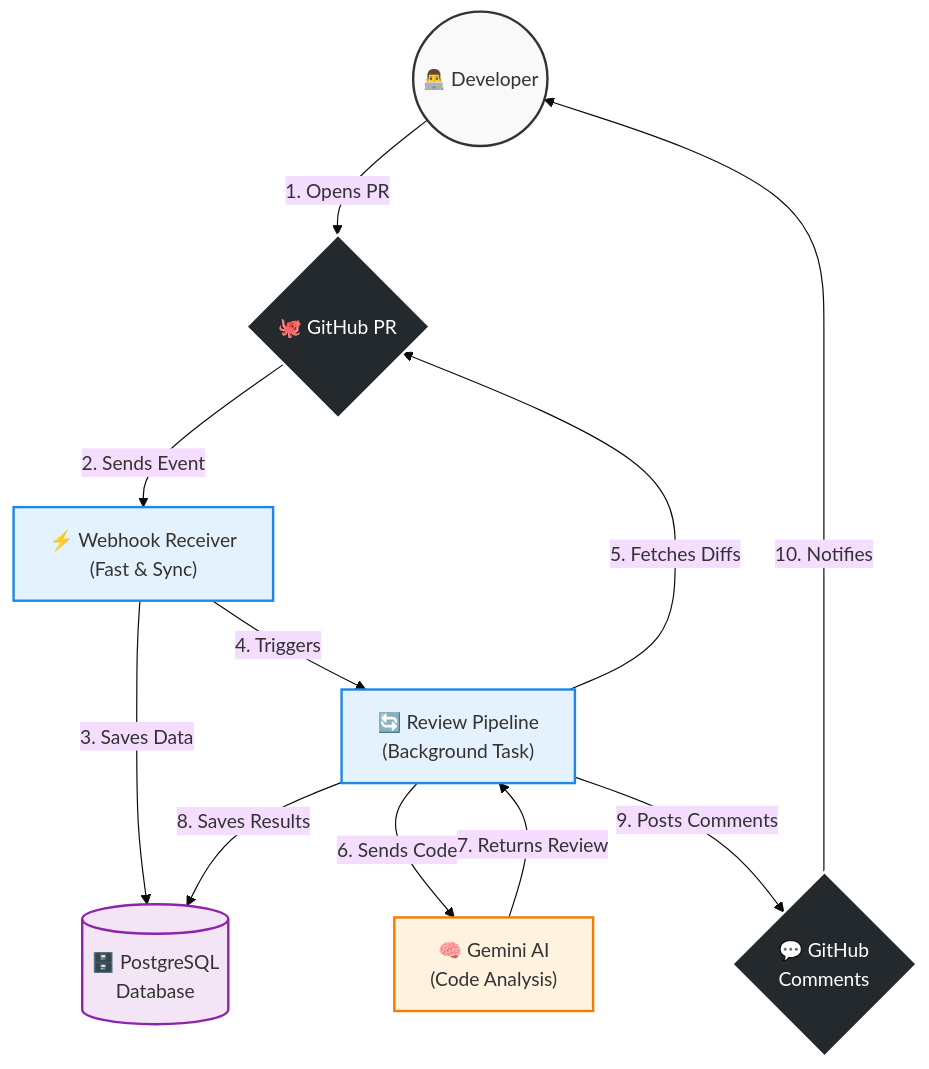
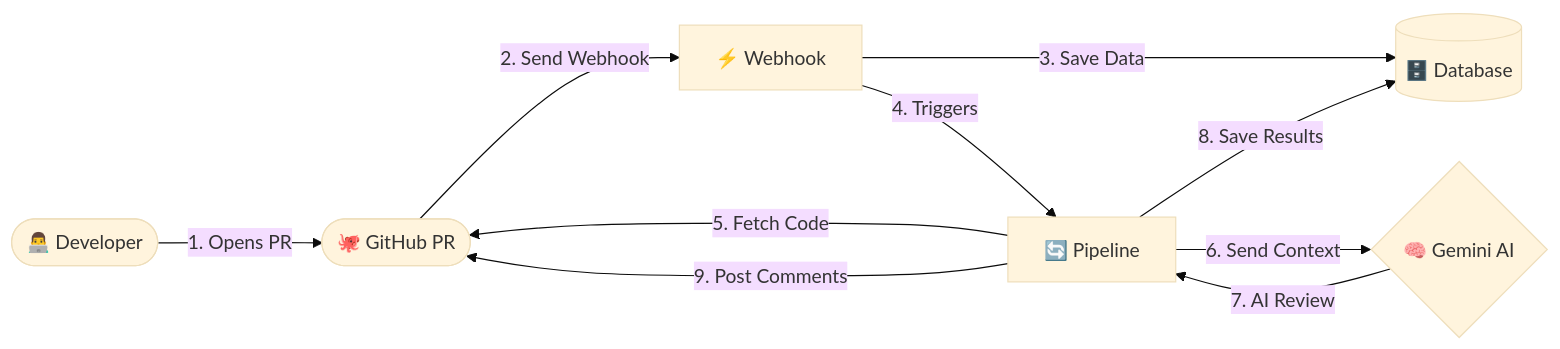
The diagram in README.md (gms26/PR-Reviewer), drawn with Mermaid (base theme) before and after one commit.

Commit message:
docs: strip custom colors from architecture diagram to fix dark mode visibility

````diff
--- a/README.md
+++ b/README.md
@@ -24,33 +24,19 @@
 ```mermaid
-flowchart TD
-    %% Styling
-    classDef dev fill:#f9f9f9,stroke:#333,stroke-width:2px;
-    classDef github fill:#24292e,stroke:#fff,stroke-width:2px,color:#fff;
-    classDef backend fill:#e3f2fd,stroke:#1e88e5,stroke-width:2px;
-    classDef ai fill:#fff3e0,stroke:#f57c00,stroke-width:2px;
-    classDef db fill:#f3e5f5,stroke:#8e24aa,stroke-width:2px;
+flowchart LR
+    Dev([👨‍💻 Developer])
+    GH([🐙 GitHub PR])
+    Webhook[⚡ Webhook]
+    DB[(🗄️ Database)]
+    Pipeline[🔄 Pipeline]
+    AI{🧠 Gemini AI}
 
-    %% Nodes
-    Dev(("👨‍💻 Developer")):::dev
-    GH_PR{"🐙 GitHub PR"}:::github
-    Webhook["⚡ Webhook Receiver\n(Fast & Sync)"]:::backend
-    Pipeline["🔄 Review Pipeline\n(Background Task)"]:::backend
-    DB[("🗄️ PostgreSQL\nDatabase")]:::db
-    Gemini["🧠 Gemini AI\n(Code Analysis)"]:::ai
-    GH_Comments{"💬 GitHub\nComments"}:::github
-
-    %% Connections
-    Dev -- "1. Opens PR" --> GH_PR
-    GH_PR -- "2. Sends Event" --> Webhook
-    
-    Webhook -- "3. Saves Data" --> DB
-    Webhook -- "4. Triggers" --> Pipeline
-    
-    Pipeline -- "5. Fetches Diffs" --> GH_PR
-    Pipeline -- "6. Sends Code" --> Gemini
-    Gemini -- "7. Returns Review" --> Pipeline
-    
-    Pipeline -- "8. Saves Results" --> DB
-    Pipeline -- "9. Posts Comments" --> GH_Comments
-    GH_Comments -- "10. Notifies" --> Dev
+    Dev -- 1. Opens PR --> GH
+    GH -- 2. Send Webhook --> Webhook
+    Webhook -- 3. Save Data --> DB
+    Webhook -- 4. Triggers --> Pipeline
+    Pipeline -- 5. Fetch Code --> GH
+    Pipeline -- 6. Send Context --> AI
+    AI -- 7. AI Review --> Pipeline
+    Pipeline -- 8. Save Results --> DB
+    Pipeline -- 9. Post Comments --> GH
 ```
````
